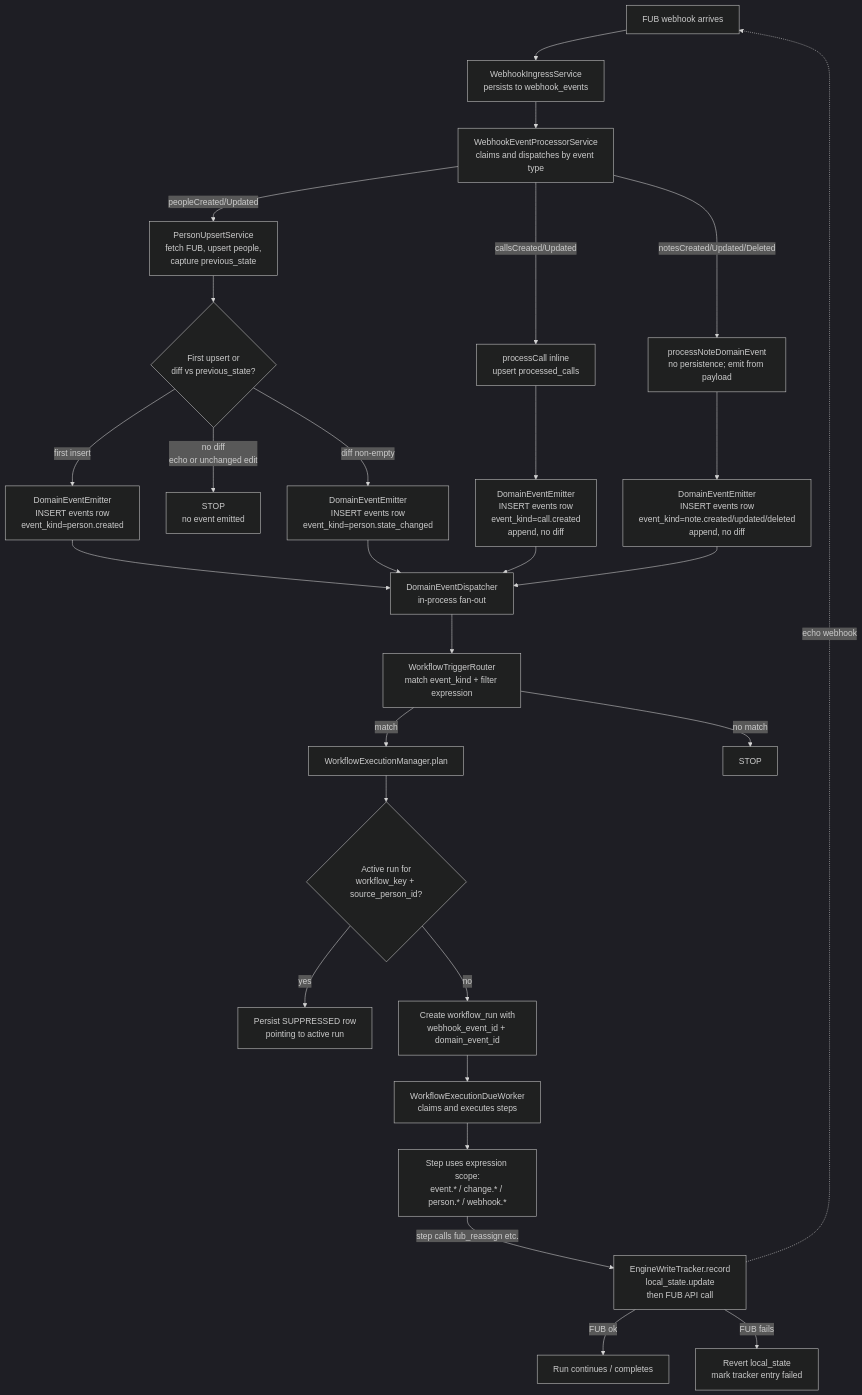
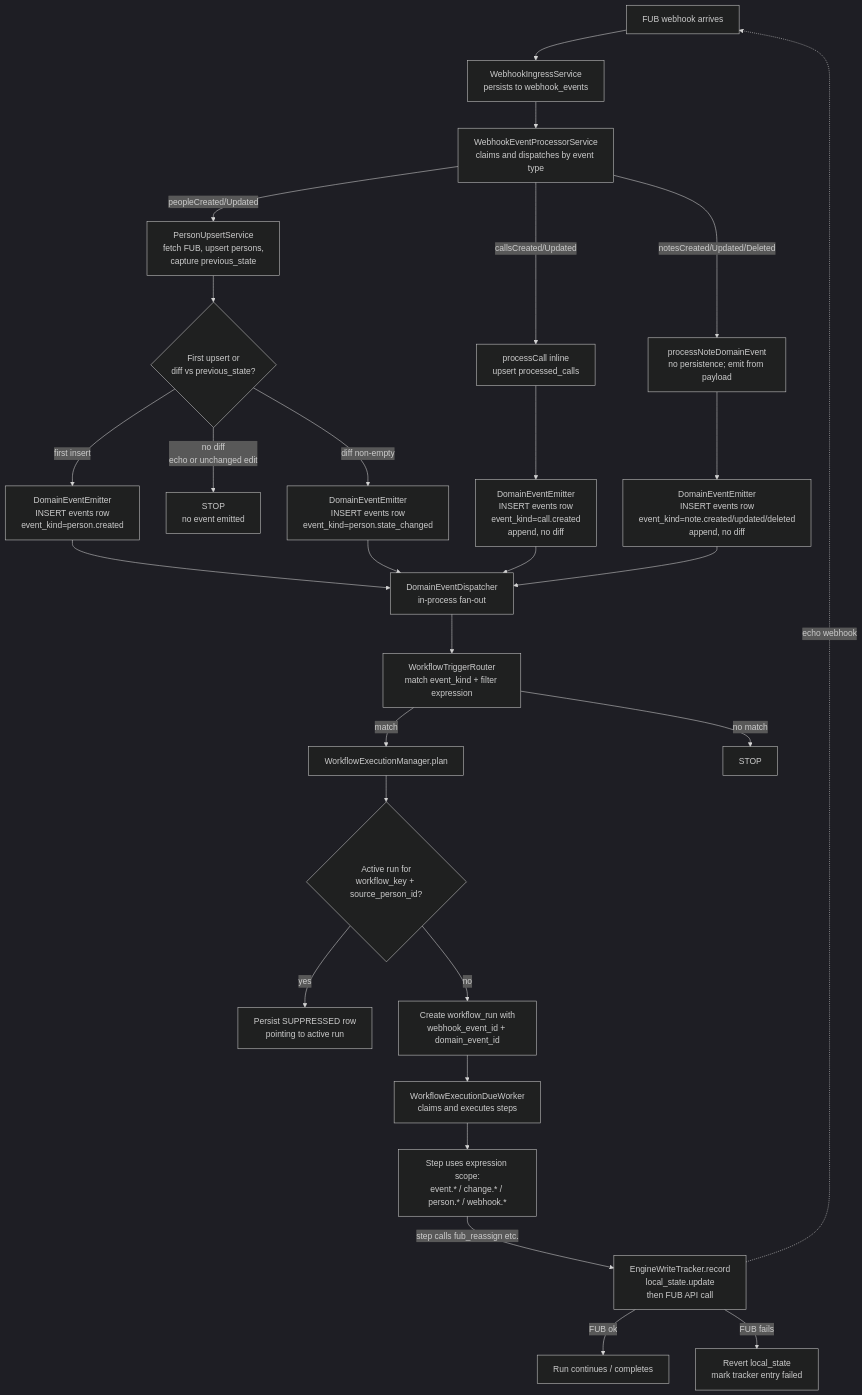
Before and after one commit to sarathkumar365/FUB-Automation: the diagram in Docs/features/domain-events/plan.md, drawn with Mermaid (dark theme). The commit also changed other lines of this file and 192 other files, not shown here.

````diff
--- a/Docs/features/domain-events/plan.md
+++ b/Docs/features/domain-events/plan.md
@@ -52,41 +54,41 @@
 ```mermaid
 flowchart TD
     A[FUB webhook arrives] --> B[WebhookIngressService\npersists to webhook_events]
     B --> C[WebhookEventProcessorService\nclaims and dispatches by event type]
 
-    C -->|peopleCreated/Updated| D[PersonUpsertService\nfetch FUB, upsert people,\ncapture previous_state]
+    C -->|peopleCreated/Updated| D[PersonUpsertService\nfetch FUB, upsert persons,\ncapture previous_state]
     C -->|callsCreated/Updated| E[processCall inline\nupsert processed_calls]
     C -->|notesCreated/Updated/Deleted| EN[processNoteDomainEvent\nno persistence; emit from payload]
 
     D --> G{First upsert or\ndiff vs previous_state?}
     G -->|first insert| GC[DomainEventEmitter\nINSERT events row\nevent_kind=person.created]
     G -->|no diff\necho or unchanged edit| H[STOP\nno event emitted]
     G -->|diff non-empty| I[DomainEventEmitter\nINSERT events row\nevent_kind=person.state_changed]
 
     E --> J[DomainEventEmitter\nINSERT events row\nevent_kind=call.created\nappend, no diff]
     EN --> JN[DomainEventEmitter\nINSERT events row\nevent_kind=note.created/updated/deleted\nappend, no diff]
 
     GC --> K[DomainEventDispatcher\nin-process fan-out]
     I --> K
     J --> K
     JN --> K
 
     K --> L[WorkflowTriggerRouter\nmatch event_kind + filter expression]
     L -->|match| M[WorkflowExecutionManager.plan]
     L -->|no match| N[STOP]
 
     M --> O{Active run for\nworkflow_key + source_person_id?}
     O -->|yes| P[Persist SUPPRESSED row\npointing to active run]
     O -->|no| Q[Create workflow_run with\nwebhook_event_id + domain_event_id]
 
     Q --> R[WorkflowExecutionDueWorker\nclaims and executes steps]
     R --> S[Step uses expression scope:\nevent.* / change.* / person.* / webhook.*]
 
     S -->|step calls fub_reassign etc.| T[EngineWriteTracker.record\nlocal_state.update\nthen FUB API call]
     T -->|FUB ok| U[Run continues / completes]
     T -->|FUB fails| V[Revert local_state\nmark tracker entry failed]
 
     %% Echo loop
     T -.echo webhook.-> A
     %% The echo arrives, runs through D, G — no diff because local already updated → loop terminates at H
 ```
````
